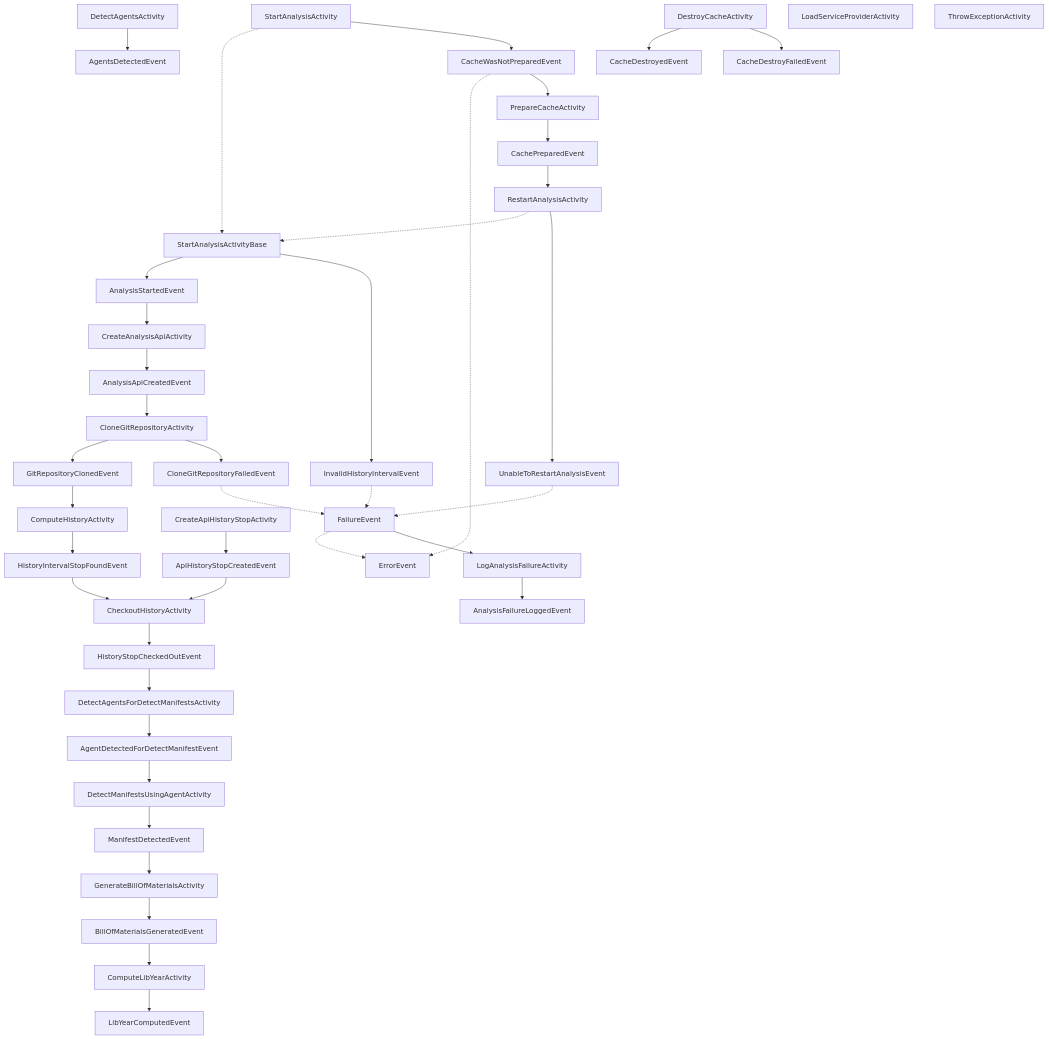
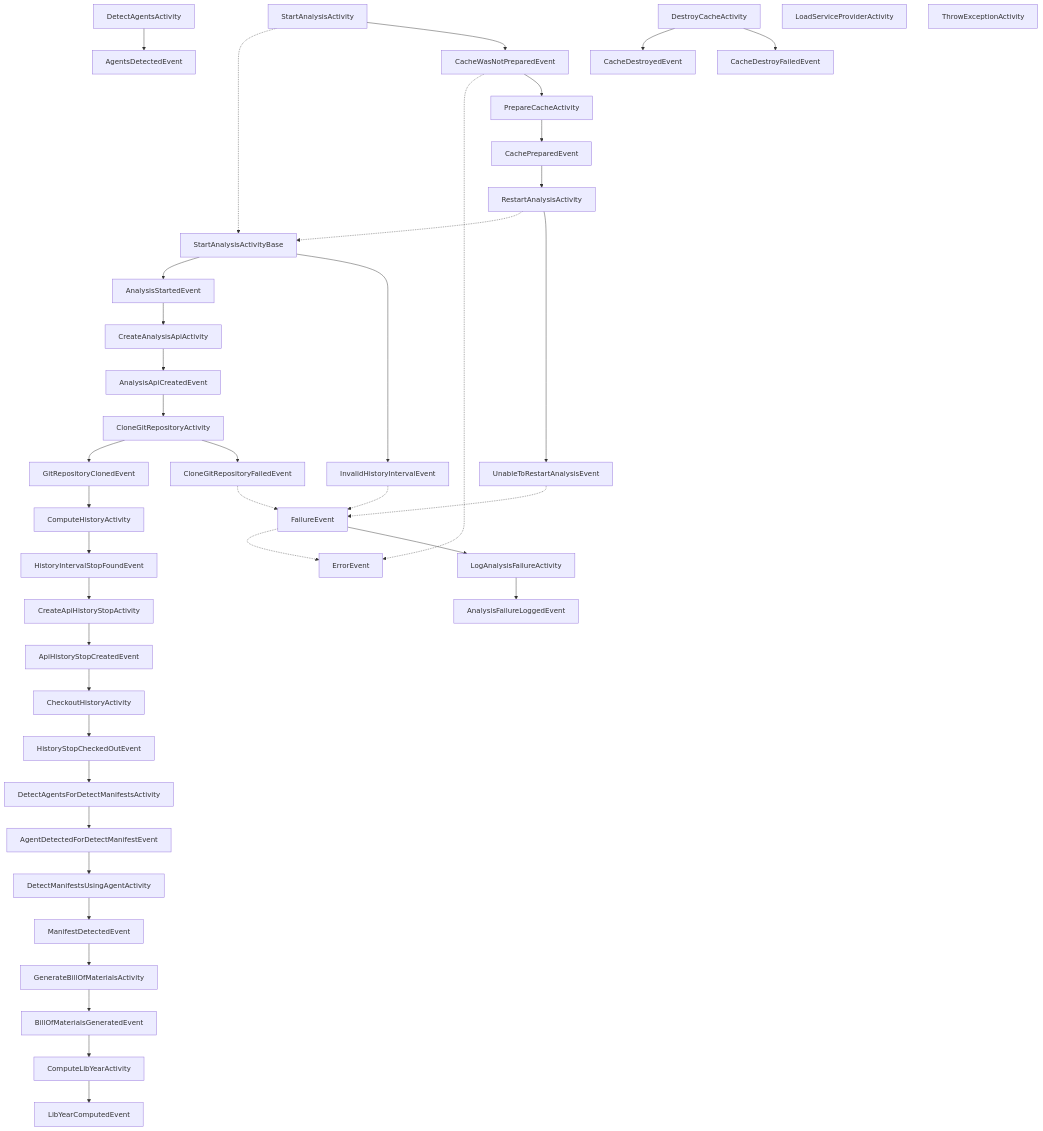
The diagram in docs/activities-and-events.md (corgibytes/freshli-cli), drawn with Mermaid before and after one commit.

Commit message:
Committing auto generated diagram.

````diff
--- a/docs/activities-and-events.md
+++ b/docs/activities-and-events.md
@@ -13,53 +13,53 @@
 ```mermaid
 flowchart TD;
     PrepareCacheActivity --> CachePreparedEvent
     AgentsDetectedEvent
     DetectAgentsActivity --> AgentsDetectedEvent
     AgentDetectedForDetectManifestEvent --> DetectManifestsUsingAgentActivity
     AnalysisFailureLoggedEvent
     AnalysisStartedEvent --> CreateAnalysisApiActivity
     CacheWasNotPreparedEvent -.-> ErrorEvent
     CacheWasNotPreparedEvent --> PrepareCacheActivity
     DetectAgentsForDetectManifestsActivity --> AgentDetectedForDetectManifestEvent
     DetectManifestsUsingAgentActivity --> ManifestDetectedEvent
     ErrorEvent
     FailureEvent -.-> ErrorEvent
     FailureEvent --> LogAnalysisFailureActivity
     InvalidHistoryIntervalEvent -.-> FailureEvent
     InvalidHistoryIntervalEvent
     LogAnalysisFailureActivity --> AnalysisFailureLoggedEvent
     ManifestDetectedEvent --> GenerateBillOfMaterialsActivity
     RestartAnalysisActivity -.-> StartAnalysisActivityBase
     RestartAnalysisActivity --> UnableToRestartAnalysisEvent
     StartAnalysisActivity -.-> StartAnalysisActivityBase
     StartAnalysisActivity --> CacheWasNotPreparedEvent
     StartAnalysisActivityBase --> AnalysisStartedEvent
     StartAnalysisActivityBase --> InvalidHistoryIntervalEvent
     UnableToRestartAnalysisEvent -.-> FailureEvent
     UnableToRestartAnalysisEvent
     BillOfMaterialsGeneratedEvent --> ComputeLibYearActivity
     GenerateBillOfMaterialsActivity --> BillOfMaterialsGeneratedEvent
     CacheDestroyedEvent
     CacheDestroyFailedEvent
     DestroyCacheActivity --> CacheDestroyedEvent
     DestroyCacheActivity --> CacheDestroyFailedEvent
     CachePreparedEvent --> RestartAnalysisActivity
     ComputeLibYearActivity --> LibYearComputedEvent
     AnalysisApiCreatedEvent --> CloneGitRepositoryActivity
     ApiHistoryStopCreatedEvent --> CheckoutHistoryActivity
     CreateAnalysisApiActivity --> AnalysisApiCreatedEvent
     CreateApiHistoryStopActivity --> ApiHistoryStopCreatedEvent
     CloneGitRepositoryActivity --> GitRepositoryClonedEvent
     CloneGitRepositoryActivity --> CloneGitRepositoryFailedEvent
     CloneGitRepositoryFailedEvent -.-> FailureEvent
     CloneGitRepositoryFailedEvent
     GitRepositoryClonedEvent --> ComputeHistoryActivity
     CheckoutHistoryActivity --> HistoryStopCheckedOutEvent
     ComputeHistoryActivity --> HistoryIntervalStopFoundEvent
-    HistoryIntervalStopFoundEvent --> CheckoutHistoryActivity
+    HistoryIntervalStopFoundEvent --> CreateApiHistoryStopActivity
     HistoryStopCheckedOutEvent --> DetectAgentsForDetectManifestsActivity
     LibYearComputedEvent
     LoadServiceProviderActivity
     ThrowExceptionActivity
 
 ```
````
